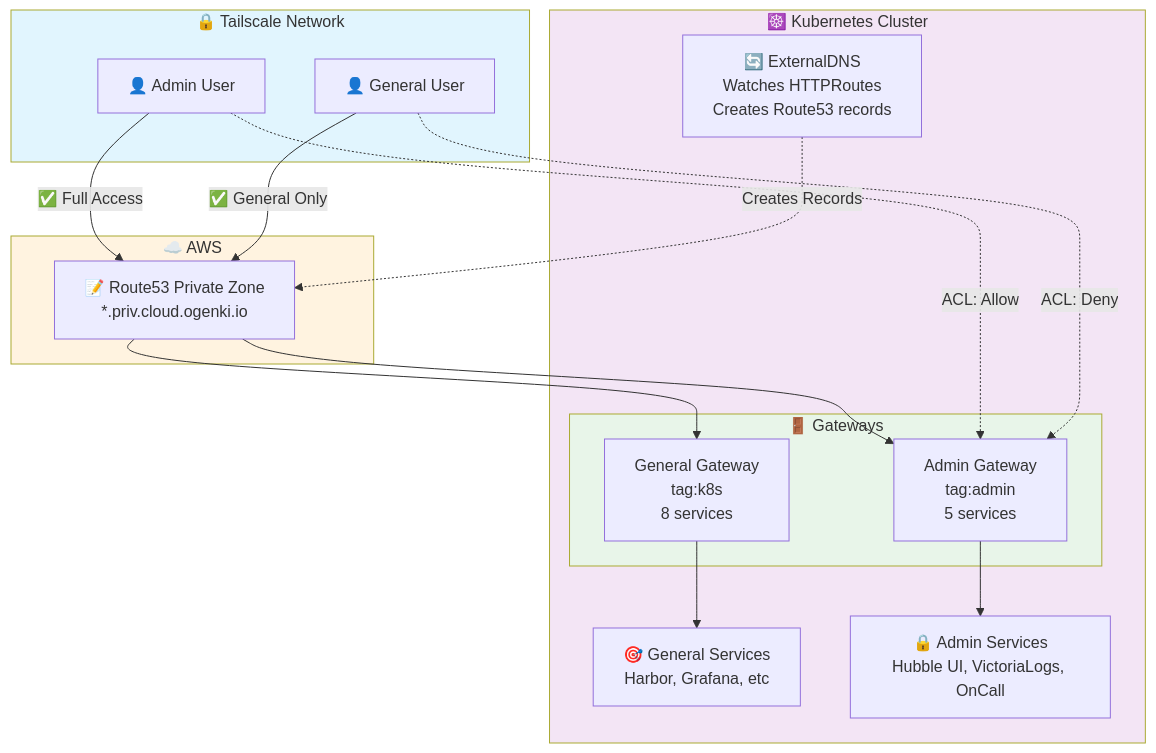
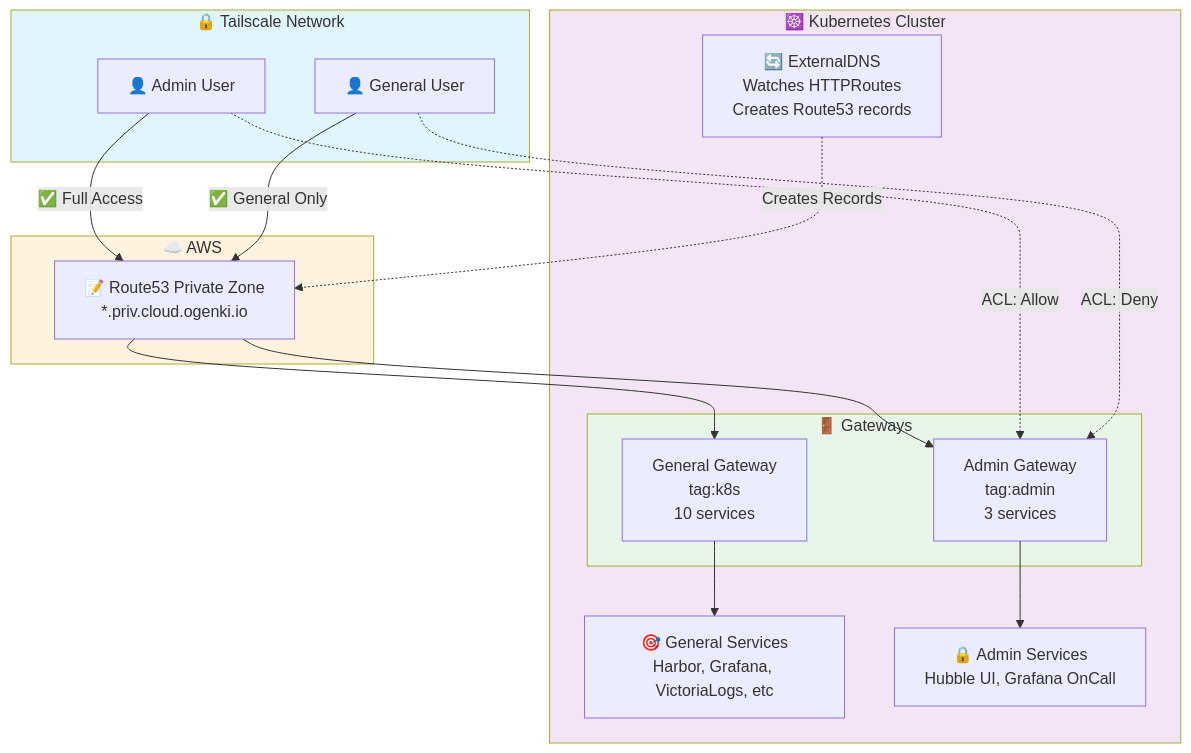
Before and after one commit to Smana/cloud-native-ref: the diagram in docs/tailscale-gateway-api.md, drawn with Mermaid. The commit also changed other lines of this file and 3 other files, not shown here.

````diff
--- a/docs/tailscale-gateway-api.md
+++ b/docs/tailscale-gateway-api.md
@@ -11,41 +11,41 @@
 ```mermaid
 flowchart TB
     subgraph tailscale["🔒 Tailscale Network"]
         admin["👤 Admin User"]
         user["👤 General User"]
     end
 
     subgraph aws["☁️ AWS"]
         route53["📝 Route53 Private Zone<br/>*.priv.cloud.ogenki.io"]
     end
 
     subgraph k8s["☸️ Kubernetes Cluster"]
         externaldns["🔄 ExternalDNS<br/>Watches HTTPRoutes<br/>Creates Route53 records"]
 
         subgraph gateways["🚪 Gateways"]
-            general["General Gateway<br/>tag:k8s<br/>8 services"]
-            adminGW["Admin Gateway<br/>tag:admin<br/>5 services"]
+            general["General Gateway<br/>tag:k8s<br/>10 services"]
+            adminGW["Admin Gateway<br/>tag:admin<br/>3 services"]
         end
 
-        generalSvc["🎯 General Services<br/>Harbor, Grafana, etc"]
-        adminSvc["🔒 Admin Services<br/>Hubble UI, VictoriaLogs, OnCall"]
+        generalSvc["🎯 General Services<br/>Harbor, Grafana, VictoriaLogs, etc"]
+        adminSvc["🔒 Admin Services<br/>Hubble UI, Grafana OnCall"]
     end
 
     admin -->|"✅ Full Access"| route53
     user -->|"✅ General Only"| route53
     route53 --> general
     route53 --> adminGW
 
     externaldns -.->|"Creates Records"| route53
 
     general --> generalSvc
     adminGW --> adminSvc
 
     admin -.->|"ACL: Allow"| adminGW
     user -.->|"ACL: Deny"| adminGW
 
     style tailscale fill:#e1f5fe
     style aws fill:#fff3e0
     style k8s fill:#f3e5f5
     style gateways fill:#e8f5e9
 ```
````
